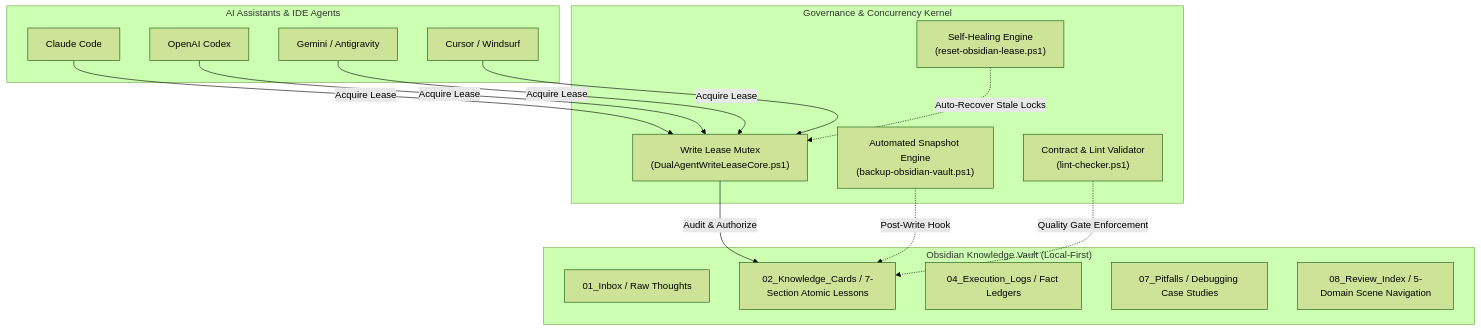
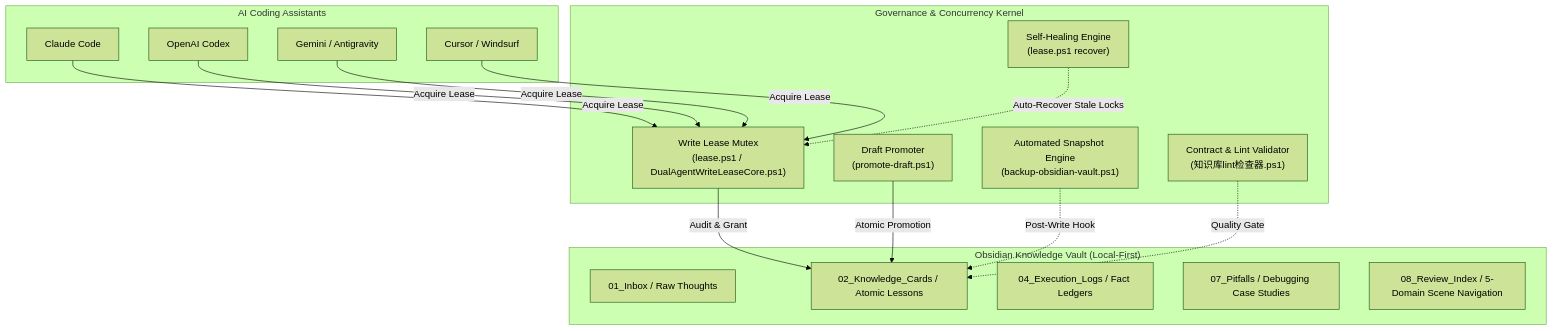
One commit to a2578348864a-sys/Agent-Memory-OS changed the diagram in README.md. Above: the diagram before and after it, drawn with Mermaid (forest theme). The commit also changed other lines of this file and 16 other files, not shown here.

Commit message:
fix: close fresh-clone and write-lease P0 gaps

````diff
--- a/README.md
+++ b/README.md
@@ -50,34 +54,36 @@
 ```mermaid
 graph TD
-    subgraph "AI Assistants & IDE Agents"
-        Claude[Claude Code]
-        Codex[OpenAI Codex]
-        Gemini[Gemini / Antigravity]
-        Cursor[Cursor / Windsurf]
+    subgraph Clients["AI Coding Assistants"]
+        Claude["Claude Code"]
+        Codex["OpenAI Codex"]
+        Gemini["Gemini / Antigravity"]
+        Cursor["Cursor / Windsurf"]
     end
 
-    subgraph "Governance & Concurrency Kernel"
-        Lease["Write Lease Mutex<br>(DualAgentWriteLeaseCore.ps1)"]
-        Reset["Self-Healing Engine<br>(reset-obsidian-lease.ps1)"]
+    subgraph Kernel["Governance & Concurrency Kernel"]
+        Lease["Write Lease Mutex<br>(lease.ps1 / DualAgentWriteLeaseCore.ps1)"]
+        Reset["Self-Healing Engine<br>(lease.ps1 recover)"]
+        Promote["Draft Promoter<br>(promote-draft.ps1)"]
         Backup["Automated Snapshot Engine<br>(backup-obsidian-vault.ps1)"]
-        Lint["Contract & Lint Validator<br>(lint-checker.ps1)"]
+        Lint["Contract & Lint Validator<br>(知识库lint检查器.ps1)"]
     end
 
-    subgraph "Obsidian Knowledge Vault (Local-First)"
+    subgraph Vault["Obsidian Knowledge Vault (Local-First)"]
         Inbox["01_Inbox / Raw Thoughts"]
-        Cards["02_Knowledge_Cards / 7-Section Atomic Lessons"]
+        Cards["02_Knowledge_Cards / Atomic Lessons"]
         Exec["04_Execution_Logs / Fact Ledgers"]
         Pitfalls["07_Pitfalls / Debugging Case Studies"]
         Index["08_Review_Index / 5-Domain Scene Navigation"]
     end
 
     Claude -->|Acquire Lease| Lease
     Codex -->|Acquire Lease| Lease
     Gemini -->|Acquire Lease| Lease
     Cursor -->|Acquire Lease| Lease
 
-    Lease -->|Audit & Authorize| Cards
+    Lease -->|Audit & Grant| Cards
     Reset -.->|Auto-Recover Stale Locks| Lease
+    Promote -->|Atomic Promotion| Cards
     Backup -.->|Post-Write Hook| Cards
-    Lint -.->|Quality Gate Enforcement| Cards
+    Lint -.->|Quality Gate| Cards
 ```
````
